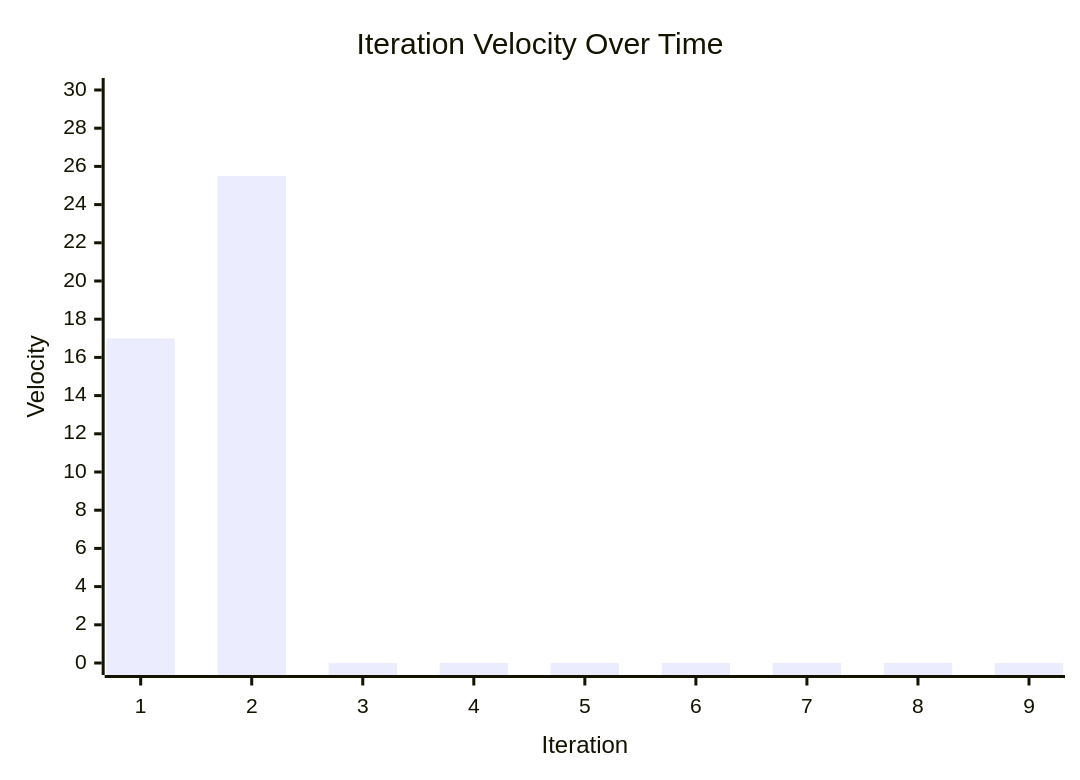
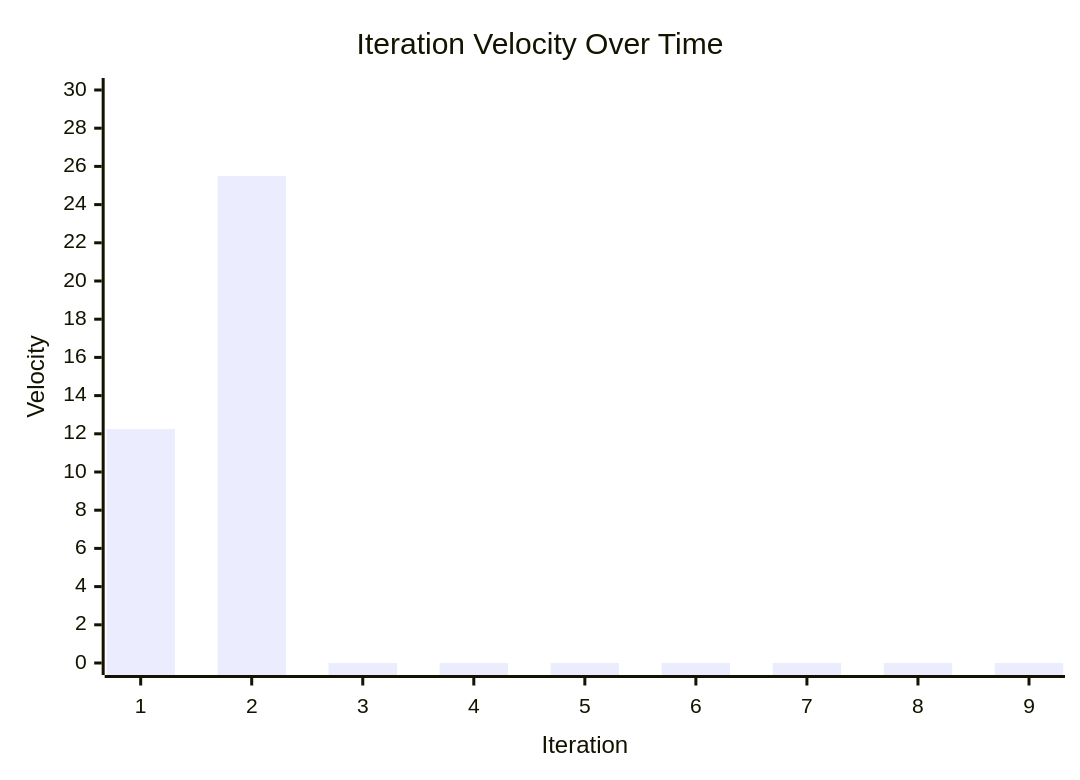
Before and after one commit to zappfish/zapp-requirements-tracker: the diagram in IterationStats.md, drawn with Mermaid. The commit also changed other lines of this file, not shown here.

Commit message:
Update IterationStats.md
Updated Iteration 1 with the latest stats.

````diff
--- a/IterationStats.md
+++ b/IterationStats.md
@@ -32,7 +32,7 @@
 ```mermaid
 xychart-beta
     title "Iteration Velocity Over Time"
     x-axis "Iteration" ["1", "2", "3", "4", "5", "6", "7", "8", "9"]
     y-axis "Velocity" 0 --> 30
-    bar [17, 25.5, 0, 0, 0, 0, 0, 0, 0]
+    bar [12.25, 25.5, 0, 0, 0, 0, 0, 0, 0]
 ```
````
